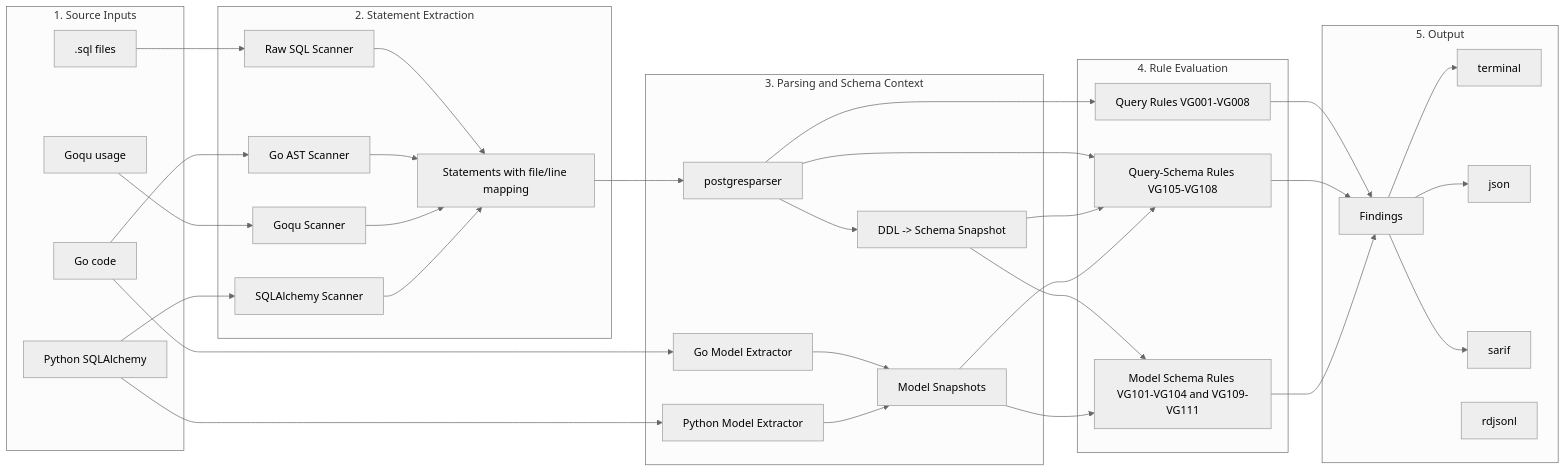
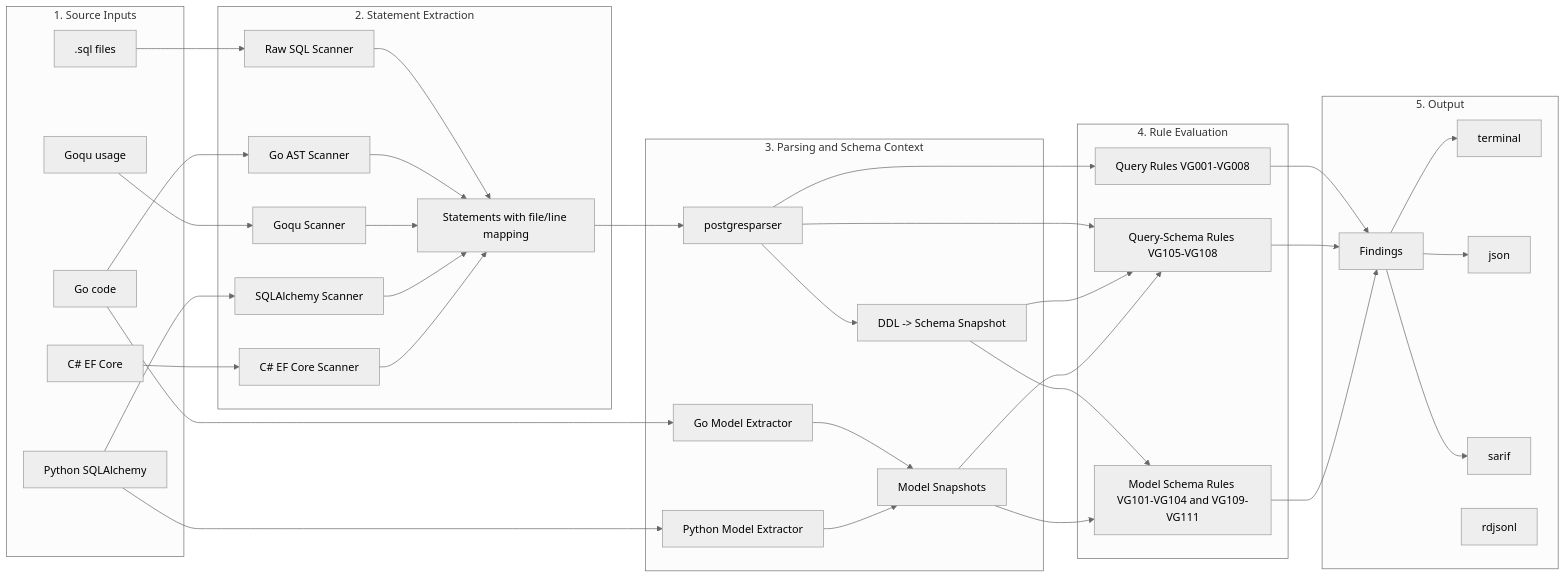
Before and after one commit to ValkDB/valk-guard: the diagram in README.md, drawn with Mermaid (neutral theme). The commit also changed other lines of this file and 16 other files, not shown here.

Commit message:
feat: add C# EF Core raw SQL scanner

````diff
--- a/README.md
+++ b/README.md
@@ -344,64 +348,67 @@
 ```mermaid
 flowchart LR
   subgraph S1["1. Source Inputs"]
     A1[".sql files"]
     A2["Go code"]
     A3["Goqu usage"]
     A4["Python SQLAlchemy"]
+    A5["C# EF Core"]
   end
 
   subgraph S2["2. Statement Extraction"]
     B1["Raw SQL Scanner"]
     B2["Go AST Scanner"]
     B3["Goqu Scanner"]
     B4["SQLAlchemy Scanner"]
+    B6["C# EF Core Scanner"]
     B5["Statements with file/line mapping"]
   end
 
   subgraph S3["3. Parsing and Schema Context"]
     C1["postgresparser"]
     C2["DDL -> Schema Snapshot"]
     C3["Go Model Extractor"]
     C4["Python Model Extractor"]
     C5["Model Snapshots"]
   end
 
   subgraph S4["4. Rule Evaluation"]
     D1["Query Rules VG001-VG008"]
     D2["Query-Schema Rules VG105-VG108"]
     D3["Model Schema Rules VG101-VG104 and VG109-VG111"]
   end
 
   subgraph S5["5. Output"]
     E0["Findings"]
     E1["terminal"]
     E2["json"]
     E3["sarif"]
     E4["rdjsonl"]
   end
 
   A1 --> B1 --> B5
   A2 --> B2 --> B5
   A3 --> B3 --> B5
   A4 --> B4 --> B5
+  A5 --> B6 --> B5
 
   B5 --> C1
   C1 --> D1
   C1 --> C2
   C1 --> D2
 
   A2 --> C3 --> C5
   A4 --> C4 --> C5
 
   C2 --> D2
   C5 --> D2
   C2 --> D3
   C5 --> D3
 
   D1 --> E0
   D2 --> E0
   D3 --> E0
   E0 --> E1
   E0 --> E2
   E0 --> E3
 ```
````
